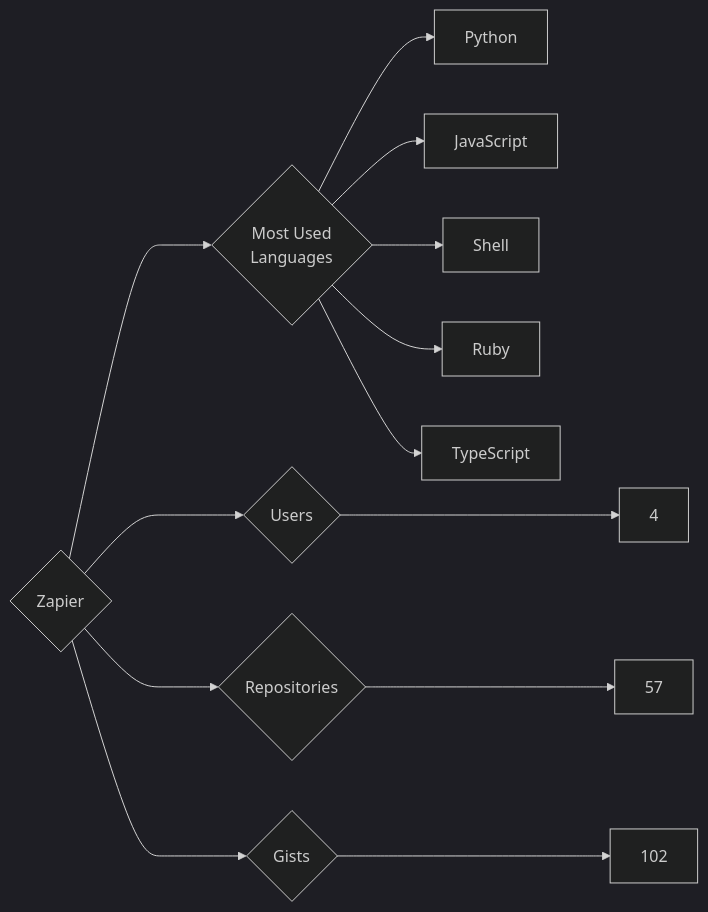
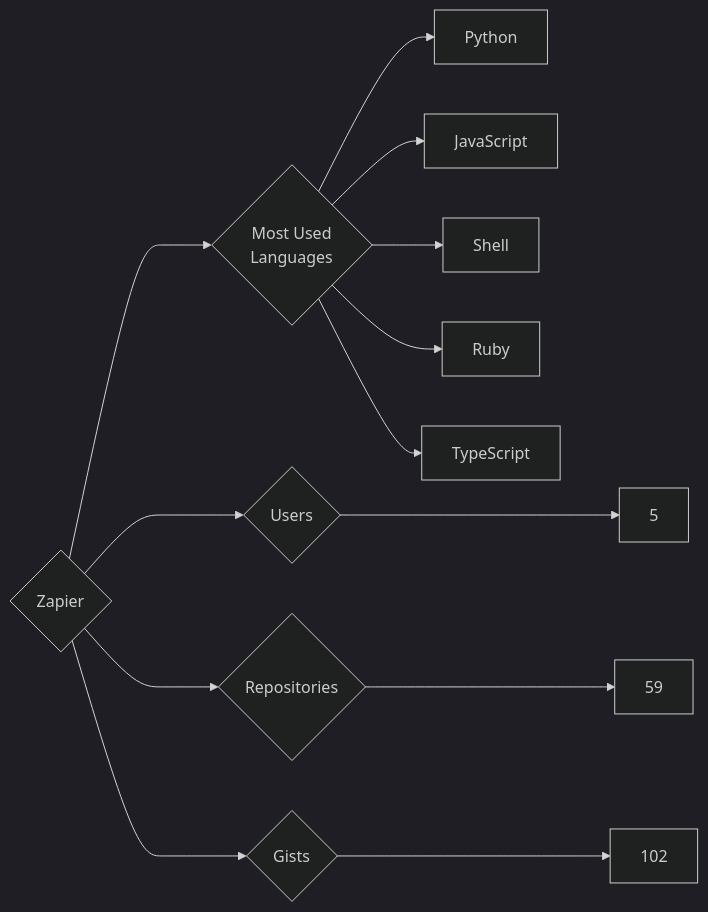
The diagram in targets/Zapier/README.md (trickest/insiders), drawn with Mermaid (dark theme) before and after one commit. The commit also changed 787 other files, not shown here.

````diff
--- a/targets/Zapier/README.md
+++ b/targets/Zapier/README.md
@@ -3,13 +3,13 @@
 ```mermaid
 graph LR
 COMPANY_NAME{Zapier}
-COMPANY_NAME ---> U{Users} ---> UN[4]
-COMPANY_NAME ---> R{Repositories} ---> RN[57]
+COMPANY_NAME ---> U{Users} ---> UN[5]
+COMPANY_NAME ---> R{Repositories} ---> RN[59]
 COMPANY_NAME ---> G{Gists} ---> GN[102]
 COMPANY_NAME ---> ML{Most Used<br>Languages}
 ML --> Python[Python]
 ML --> JavaScript[JavaScript]
 ML --> Shell[Shell]
 ML --> Ruby[Ruby]
 ML --> TypeScript[TypeScript]
 ```
````
